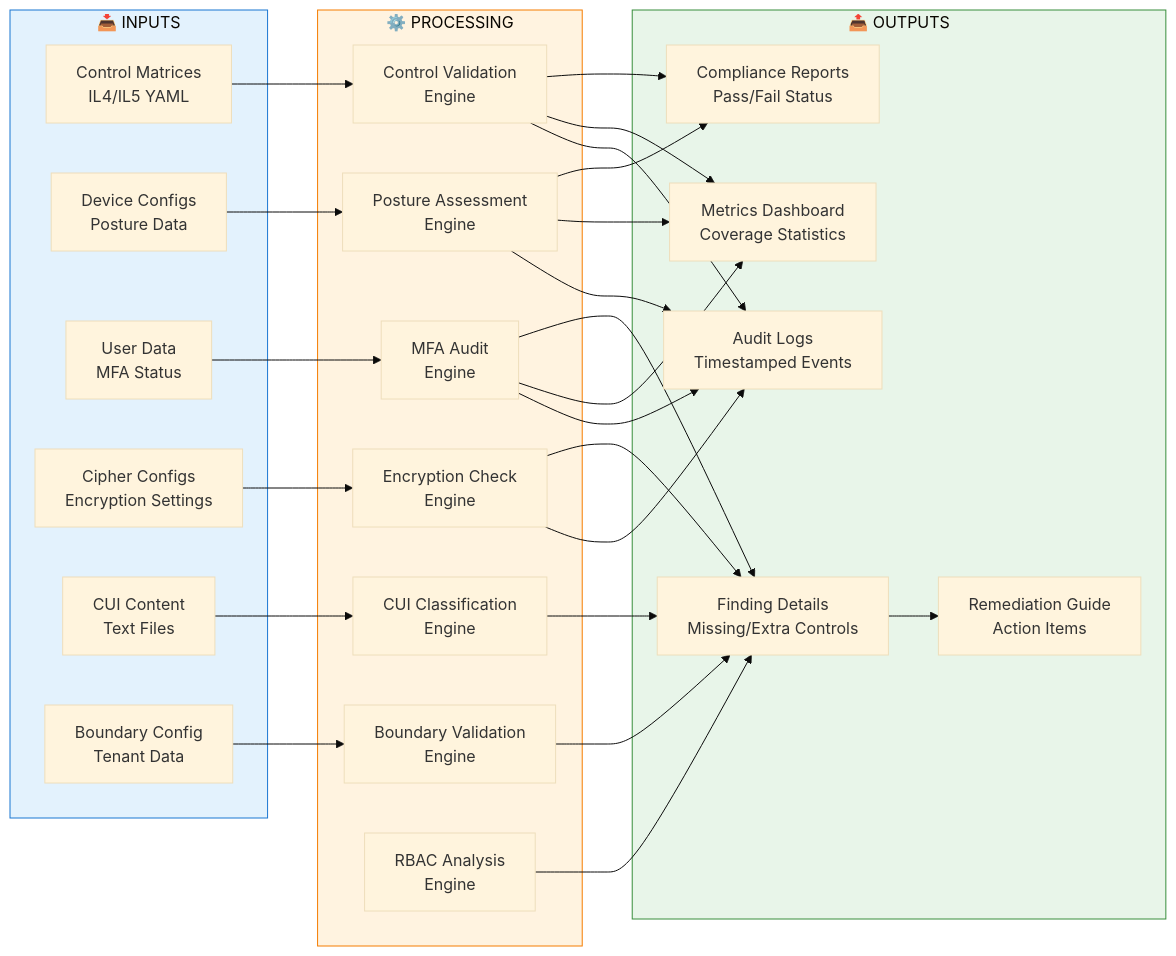
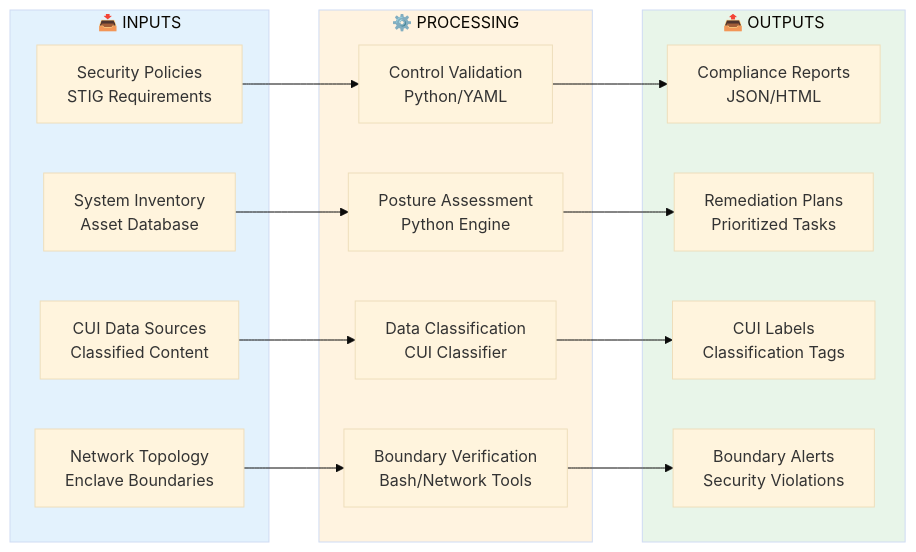
The second of 4 diagrams in security-compliance/il4-il5/README.md (Suren-Jewels/Scripts-Toolkit), drawn with Mermaid (base theme) before and after one commit. The commit also changed other lines of this file, not shown here.

````diff
--- a/security-compliance/il4-il5/README.md
+++ b/security-compliance/il4-il5/README.md
@@ -106,59 +104,37 @@
 ```mermaid
 flowchart LR
     subgraph INPUTS["📥 INPUTS"]
-        I1[Control Matrices<br/>IL4/IL5 YAML]
-        I2[Device Configs<br/>Posture Data]
-        I3[User Data<br/>MFA Status]
-        I4[Cipher Configs<br/>Encryption Settings]
-        I5[CUI Content<br/>Text Files]
-        I6[Boundary Config<br/>Tenant Data]
+        I1[Security Policies<br/>STIG Requirements]
+        I2[System Inventory<br/>Asset Database]
+        I3[CUI Data Sources<br/>Classified Content]
+        I4[Network Topology<br/>Enclave Boundaries]
     end
     
     subgraph PROCESSING["⚙️ PROCESSING"]
-        P1[Control Validation<br/>Engine]
-        P2[Posture Assessment<br/>Engine]
-        P3[CUI Classification<br/>Engine]
-        P4[Boundary Validation<br/>Engine]
-        P5[MFA Audit<br/>Engine]
-        P6[Encryption Check<br/>Engine]
-        P7[RBAC Analysis<br/>Engine]
+        P1[Control Validation<br/>Python/YAML]
+        P2[Posture Assessment<br/>Python Engine]
+        P3[Data Classification<br/>CUI Classifier]
+        P4[Boundary Verification<br/>Bash/Network Tools]
     end
     
     subgraph OUTPUTS["📤 OUTPUTS"]
-        O1[Compliance Reports<br/>Pass/Fail Status]
-        O2[Finding Details<br/>Missing/Extra Controls]
-        O3[Metrics Dashboard<br/>Coverage Statistics]
-        O4[Audit Logs<br/>Timestamped Events]
-        O5[Remediation Guide<br/>Action Items]
+        O1[Compliance Reports<br/>JSON/HTML]
+        O2[Remediation Plans<br/>Prioritized Tasks]
+        O3[CUI Labels<br/>Classification Tags]
+        O4[Boundary Alerts<br/>Security Violations]
     end
     
     I1 --> P1
     I2 --> P2
-    I3 --> P5
-    I4 --> P6
-    I5 --> P3
-    I6 --> P4
+    I3 --> P3
+    I4 --> P4
     
     P1 --> O1
-    P2 --> O1
-    P3 --> O2
-    P4 --> O2
-    P5 --> O2
-    P6 --> O2
-    P7 --> O2
+    P2 --> O2
+    P3 --> O3
+    P4 --> O4
     
-    P1 --> O3
-    P2 --> O3
-    P5 --> O3
-    
-    P1 --> O4
-    P2 --> O4
-    P5 --> O4
-    P6 --> O4
-    
-    O2 --> O5
-    
-    style INPUTS fill:#E3F2FD,stroke:#1976D2
-    style PROCESSING fill:#FFF3E0,stroke:#F57C00
-    style OUTPUTS fill:#E8F5E9,stroke:#388E3C
+    style INPUTS fill:#E3F2FD
+    style PROCESSING fill:#FFF3E0
+    style OUTPUTS fill:#E8F5E9
 ```
````
